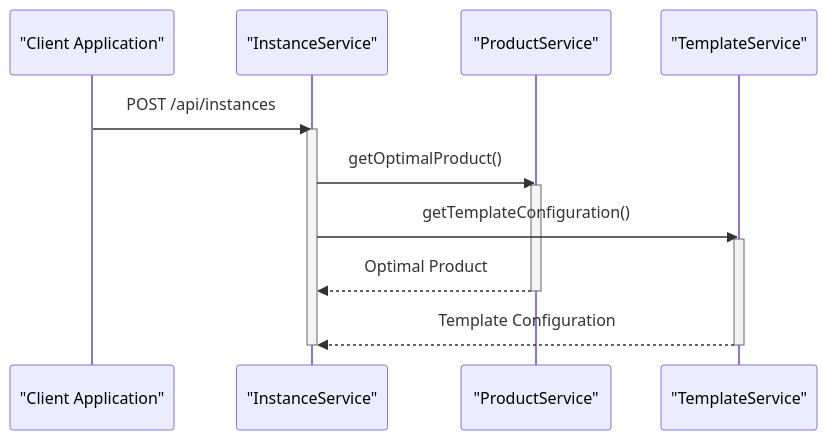
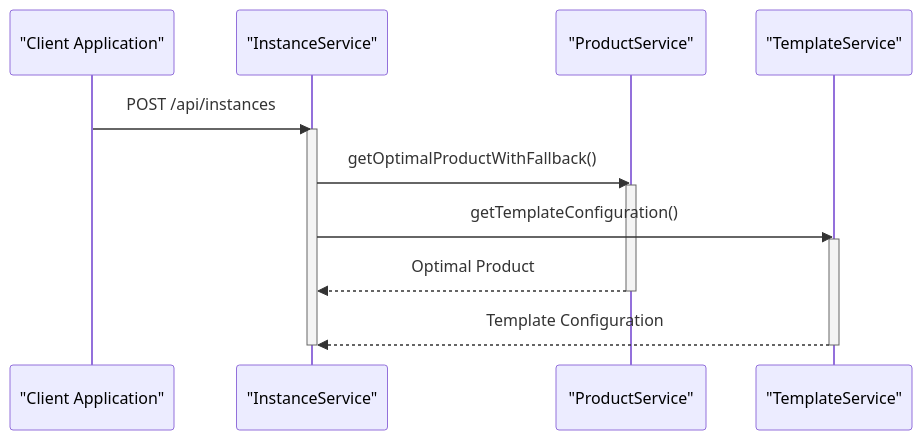
One commit to sontl/novita-ai-api changed the first of 2 diagrams in .qoder/repowiki/en/content/Instance Management System/Instance Creation Workflow.md. Above: the diagram before and after it, drawn with Mermaid. The commit also changed other lines of this file and 17 other files, not shown here.

````diff
--- a/.qoder/repowiki/en/content/Instance Management System/Instance Creation Workflow.md
+++ b/.qoder/repowiki/en/content/Instance Management System/Instance Creation Workflow.md
@@ -70,18 +83,18 @@
 ```mermaid
 sequenceDiagram
 participant Client as "Client Application"
 participant InstanceService as "InstanceService"
 participant ProductService as "ProductService"
 participant TemplateService as "TemplateService"
 Client->>InstanceService : POST /api/instances
 activate InstanceService
-InstanceService->>ProductService : getOptimalProduct()
+InstanceService->>ProductService : getOptimalProductWithFallback()
 activate ProductService
 InstanceService->>TemplateService : getTemplateConfiguration()
 activate TemplateService
 ProductService-->>InstanceService : Optimal Product
 deactivate ProductService
 TemplateService-->>InstanceService : Template Configuration
 deactivate TemplateService
 deactivate InstanceService
 ```
````
